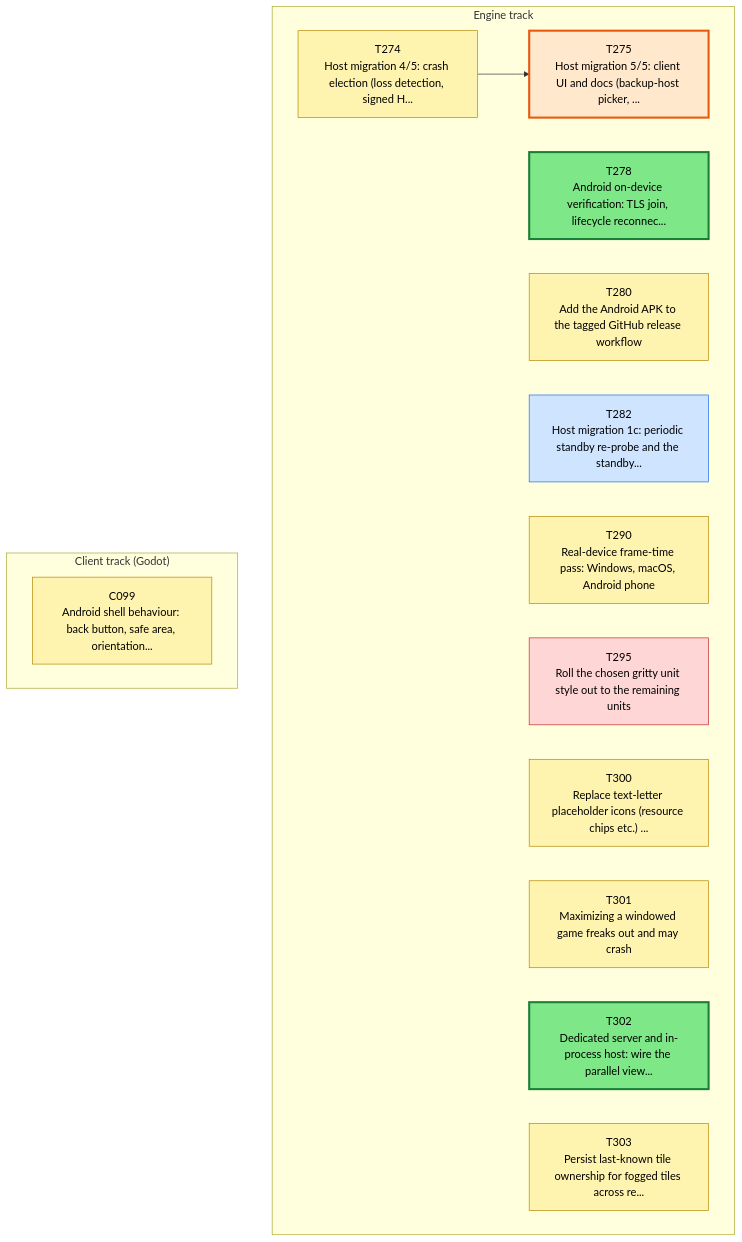
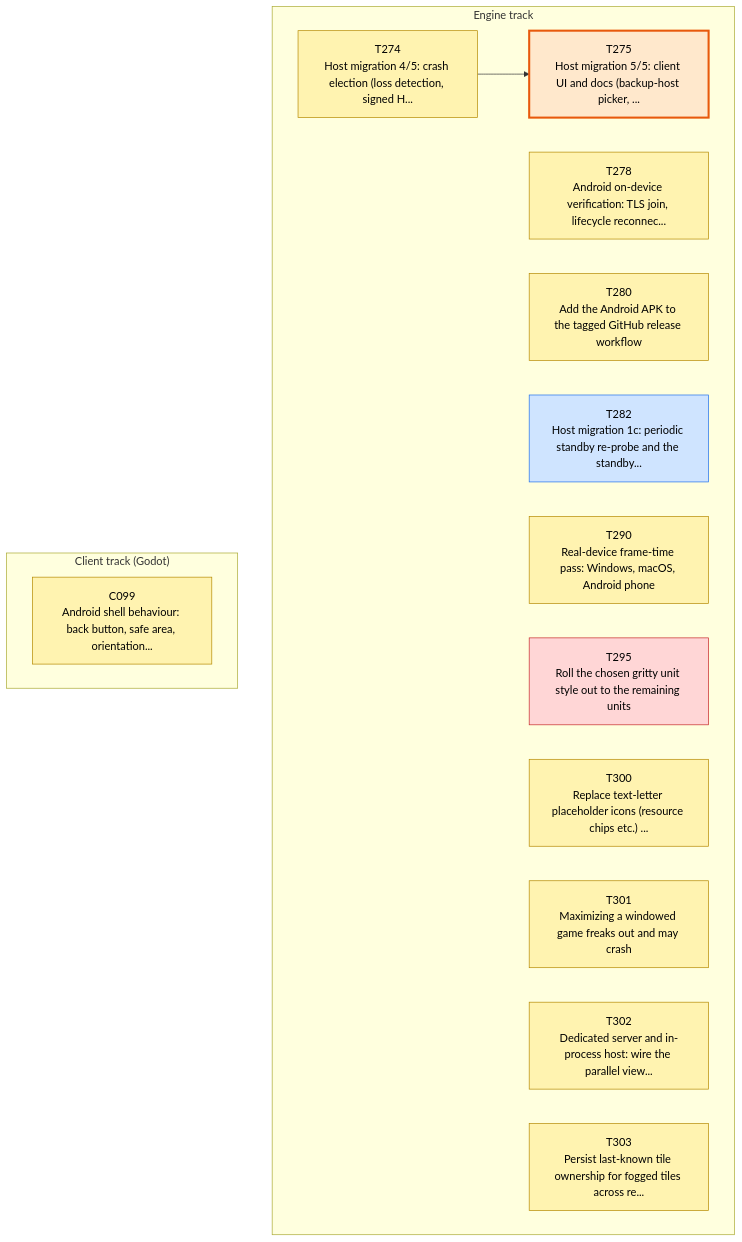
The first of 3 diagrams in csharp/migration/DEPENDENCY_MAP.md (Kenmura/Unciv), drawn with Mermaid before and after one commit. The commit also changed other lines of this file and 1 other file, not shown here.

````diff
--- a/csharp/migration/DEPENDENCY_MAP.md
+++ b/csharp/migration/DEPENDENCY_MAP.md
@@ -35,39 +35,39 @@
 ```mermaid
 flowchart TD
   subgraph TTRACK["Engine track"]
     T274["T274<br/>Host migration 4/5: crash election (loss detection, signed H..."]
     T275["T275<br/>Host migration 5/5: client UI and docs (backup-host picker, ..."]
     T278["T278<br/>Android on-device verification: TLS join, lifecycle reconnec..."]
     T280["T280<br/>Add the Android APK to the tagged GitHub release workflow"]
     T282["T282<br/>Host migration 1c: periodic standby re-probe and the standby..."]
     T290["T290<br/>Real-device frame-time pass: Windows, macOS, Android phone"]
     T295["T295<br/>Roll the chosen gritty unit style out to the remaining units"]
     T300["T300<br/>Replace text-letter placeholder icons (resource chips etc.) ..."]
     T301["T301<br/>Maximizing a windowed game freaks out and may crash"]
     T302["T302<br/>Dedicated server and in-process host: wire the parallel view..."]
     T303["T303<br/>Persist last-known tile ownership for fogged tiles across re..."]
   end
   subgraph CTRACK["Client track (Godot)"]
     C099["C099<br/>Android shell behaviour: back button, safe area, orientation..."]
   end
   T274 --> T275
   classDef waiting fill:#f3faf3,stroke:#9bc49b,color:#555,stroke-dasharray:2 2
   classDef ondeck fill:#ffe8cc,stroke:#e8590c,stroke-width:3px,color:#000
   classDef ready fill:#7ee787,stroke:#1a7f37,stroke-width:3px,color:#000
   classDef prog fill:#fff3b0,stroke:#b58900,color:#000
   classDef review fill:#cfe4ff,stroke:#1f6feb,color:#000
   classDef blocked fill:#ffd6d6,stroke:#c62828,color:#000
   classDef done fill:#eeeeee,stroke:#999999,color:#666,stroke-dasharray:4 3
   class C099 prog
   class T274 prog
   class T275 ondeck
-  class T278 ready
+  class T278 prog
   class T280 prog
   class T282 review
   class T290 prog
   class T295 blocked
   class T300 prog
   class T301 prog
-  class T302 ready
+  class T302 prog
   class T303 prog
 ```
````
